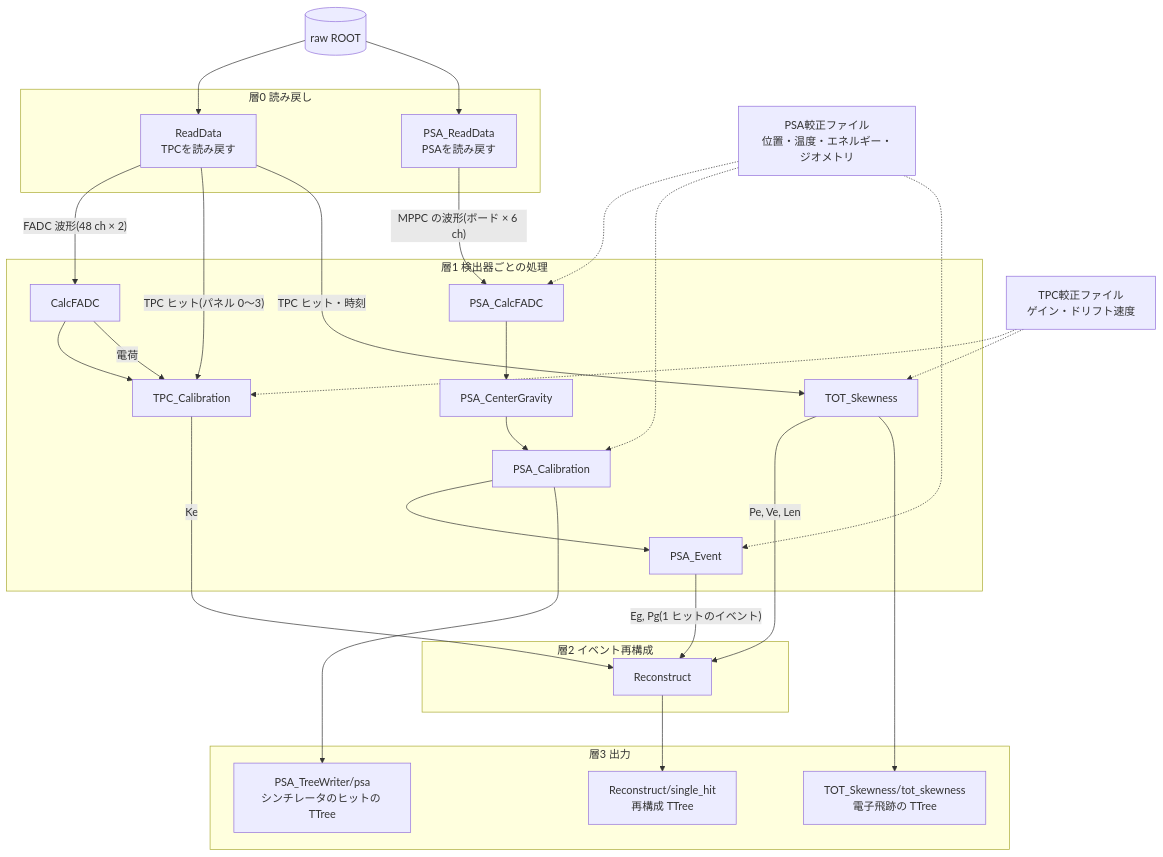
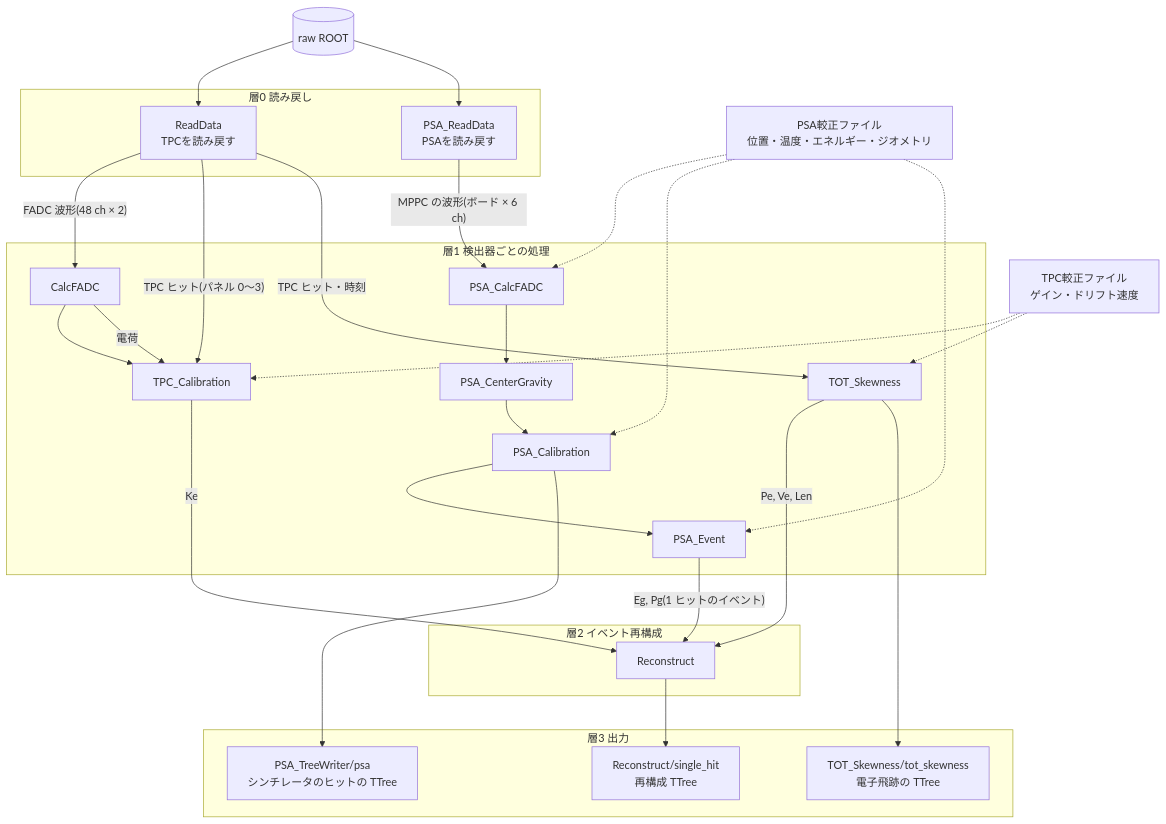
The third of 3 diagrams in README.md (SMILE-tool-box/EricaNext), drawn with Mermaid before and after one commit. The commit also changed other lines of this file, not shown here.

Commit message:
README: widen the flowchart label wrapping so the cylinders stay on one line

````diff
--- a/README.md
+++ b/README.md
@@ -178,42 +179,43 @@
 ```mermaid
+%%{init: {"flowchart": {"wrappingWidth": 400}}}%%
 flowchart TD
   ROOT[(raw ROOT)]
   subgraph L0["層0 読み戻し"]
     RD["ReadData<br>TPCを読み戻す"]
     PRD["PSA_ReadData<br>PSAを読み戻す"]
   end
   subgraph L1["層1 検出器ごとの処理"]
     CF[CalcFADC] --> TC[TPC_Calibration]
     TOT[TOT_Skewness]
     PCF[PSA_CalcFADC] --> PCG[PSA_CenterGravity] --> PCAL[PSA_Calibration] --> PEV[PSA_Event]
   end
   subgraph L2["層2 イベント再構成"]
     REC[Reconstruct]
   end
   subgraph L3["層3 出力"]
     OUT["Reconstruct/single_hit<br>再構成 TTree"]
     TOTT["TOT_Skewness/tot_skewness<br>電子飛跡の TTree"]
     PSAT["PSA_TreeWriter/psa<br>シンチレータのヒットの TTree"]
   end
   PRM["TPC較正ファイル<br>ゲイン・ドリフト速度"]
   PPRM["PSA較正ファイル<br>位置・温度・エネルギー・ジオメトリ"]
 
   ROOT --> RD
   ROOT --> PRD
   PRM -.-> TC
   PRM -.-> TOT
   PPRM -.-> PCF
   PPRM -.-> PCAL
   PPRM -.-> PEV
   RD -- "FADC 波形(48 ch × 2)" --> CF
   RD -- "TPC ヒット(パネル 0〜3)" --> TC
   RD -- "TPC ヒット・時刻" --> TOT
   PRD -- "MPPC の波形(ボード × 6 ch)" --> PCF
   CF -- "電荷" --> TC
   TC -- "Ke" --> REC
   TOT -- "Pe, Ve, Len" --> REC
   PEV -- "Eg, Pg(1 ヒットのイベント)" --> REC
   PCAL --> PSAT
   REC --> OUT
   TOT --> TOTT
 ```
````
